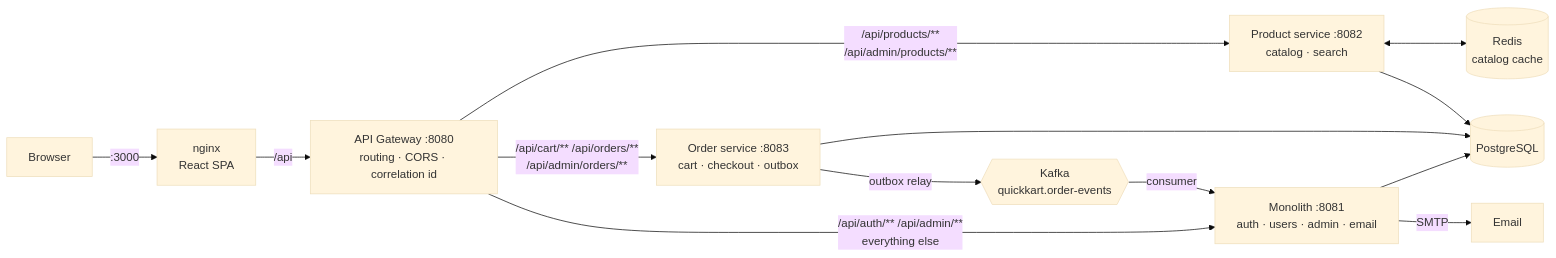
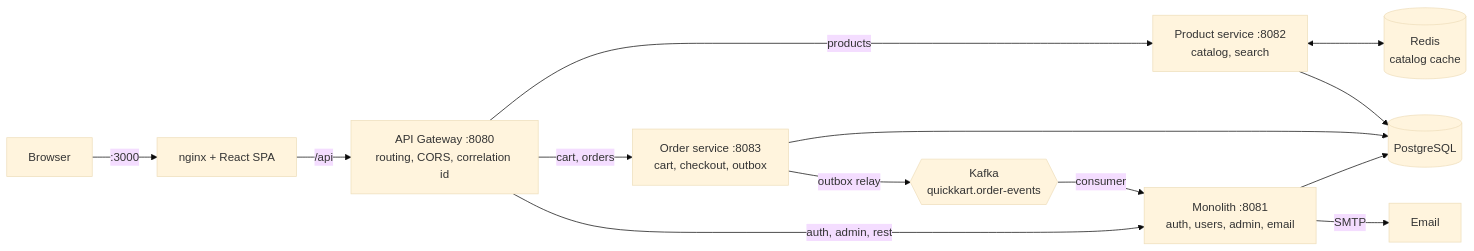
The diagram in README.md (JayantBansal900/QuickKart), drawn with Mermaid (base theme) before and after one commit. The commit also changed 1 other file, not shown here.

Commit message:
docs: fix mermaid diagrams so GitHub renders them

````diff
--- a/README.md
+++ b/README.md
@@ -32,15 +32,15 @@
 ```mermaid
 flowchart LR
-    B[Browser] -->|:3000| N[nginx<br/>React SPA]
-    N -->|/api| G[API Gateway :8080<br/>routing · CORS · correlation id]
-    G -->|/api/products/**<br/>/api/admin/products/**| P[Product service :8082<br/>catalog · search]
-    G -->|/api/cart/** /api/orders/**<br/>/api/admin/orders/**| O[Order service :8083<br/>cart · checkout · outbox]
-    G -->|/api/auth/** /api/admin/**<br/>everything else| M[Monolith :8081<br/>auth · users · admin · email]
-    P <--> R[(Redis<br/>catalog cache)]
-    P --> DB[(PostgreSQL)]
+    B["Browser"] -->|":3000"| N["nginx + React SPA"]
+    N -->|"/api"| G["API Gateway :8080<br/>routing, CORS, correlation id"]
+    G -->|"products"| P["Product service :8082<br/>catalog, search"]
+    G -->|"cart, orders"| O["Order service :8083<br/>cart, checkout, outbox"]
+    G -->|"auth, admin, rest"| M["Monolith :8081<br/>auth, users, admin, email"]
+    P <--> R[("Redis<br/>catalog cache")]
+    P --> DB[("PostgreSQL")]
     O --> DB
     M --> DB
-    O -->|outbox relay| K{{Kafka<br/>quickkart.order-events}}
-    K -->|consumer| M
-    M -->|SMTP| E[Email]
+    O -->|"outbox relay"| K{{"Kafka<br/>quickkart.order-events"}}
+    K -->|"consumer"| M
+    M -->|"SMTP"| E["Email"]
 ```
````
